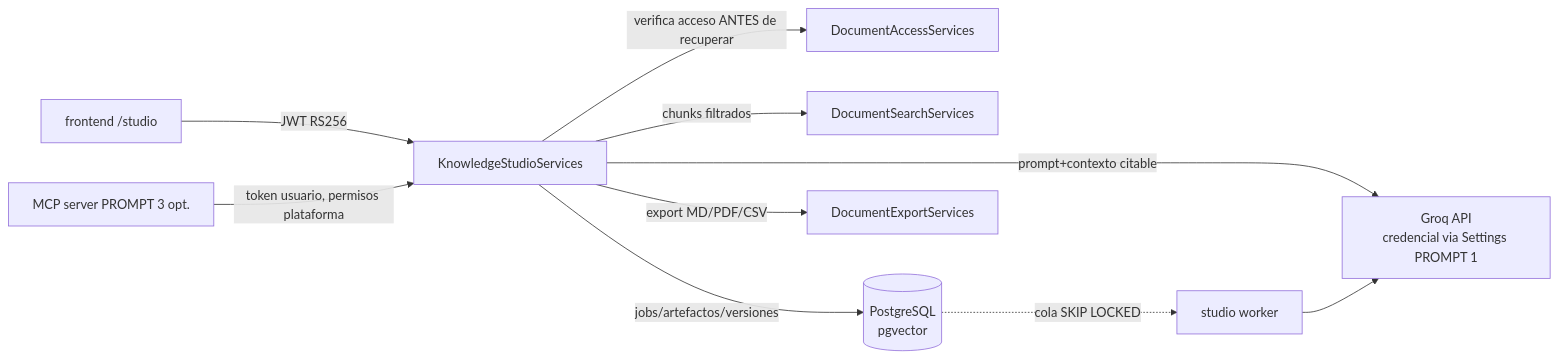
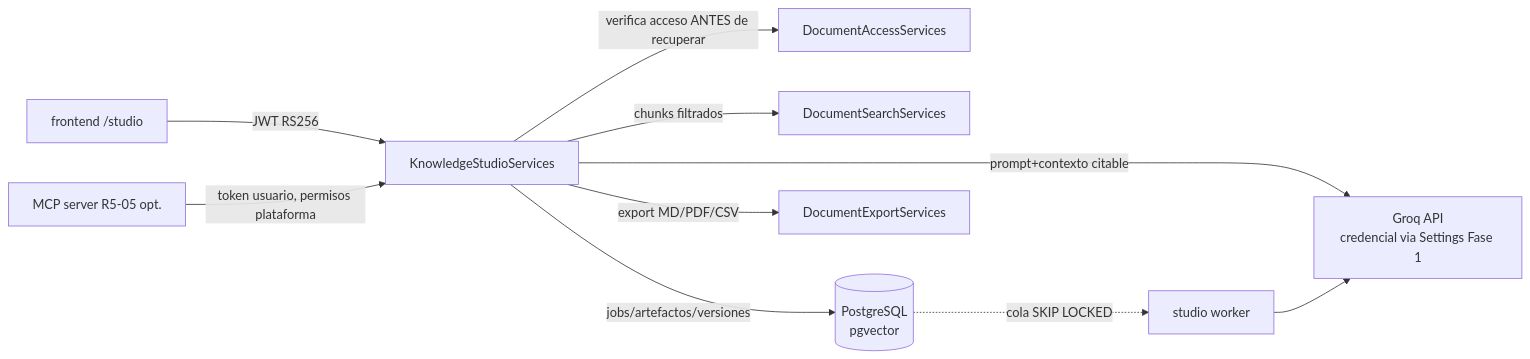
Before and after one commit to Blandskron/AgenteIADocumental: the first of 2 diagrams in docs/plans/knowledge-studio/ARCHITECTURE_ADR.md, drawn with Mermaid. The commit also changed other lines of this file and 9 other files, not shown here.

Commit message:
docs: add roadmap and clean broken plan references (R0-01)

````diff
--- a/docs/plans/knowledge-studio/ARCHITECTURE_ADR.md
+++ b/docs/plans/knowledge-studio/ARCHITECTURE_ADR.md
@@ -56,12 +56,12 @@
 ```mermaid
 flowchart LR
   FE[frontend /studio] -->|JWT RS256| KS[KnowledgeStudioServices]
   KS -->|verifica acceso ANTES de recuperar| DA[DocumentAccessServices]
   KS -->|chunks filtrados| DS[DocumentSearchServices]
-  KS -->|prompt+contexto citable| GROQ[Groq API\ncredencial via Settings PROMPT 1]
+  KS -->|prompt+contexto citable| GROQ[Groq API\ncredencial via Settings Fase 1]
   KS -->|jobs/artefactos/versiones| PG[(PostgreSQL\npgvector)]
   KS -->|export MD/PDF/CSV| EX[DocumentExportServices]
   PG -.->|cola SKIP LOCKED| WK[studio worker]
   WK --> GROQ
-  MCP[MCP server PROMPT 3 opt.] -->|token usuario, permisos plataforma| KS
+  MCP[MCP server R5-05 opt.] -->|token usuario, permisos plataforma| KS
 ```
````
